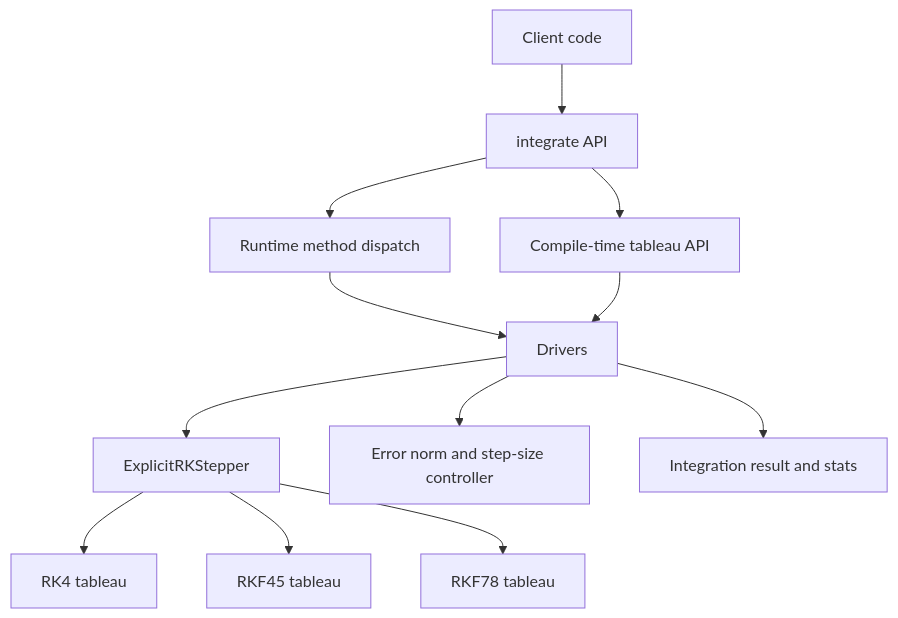
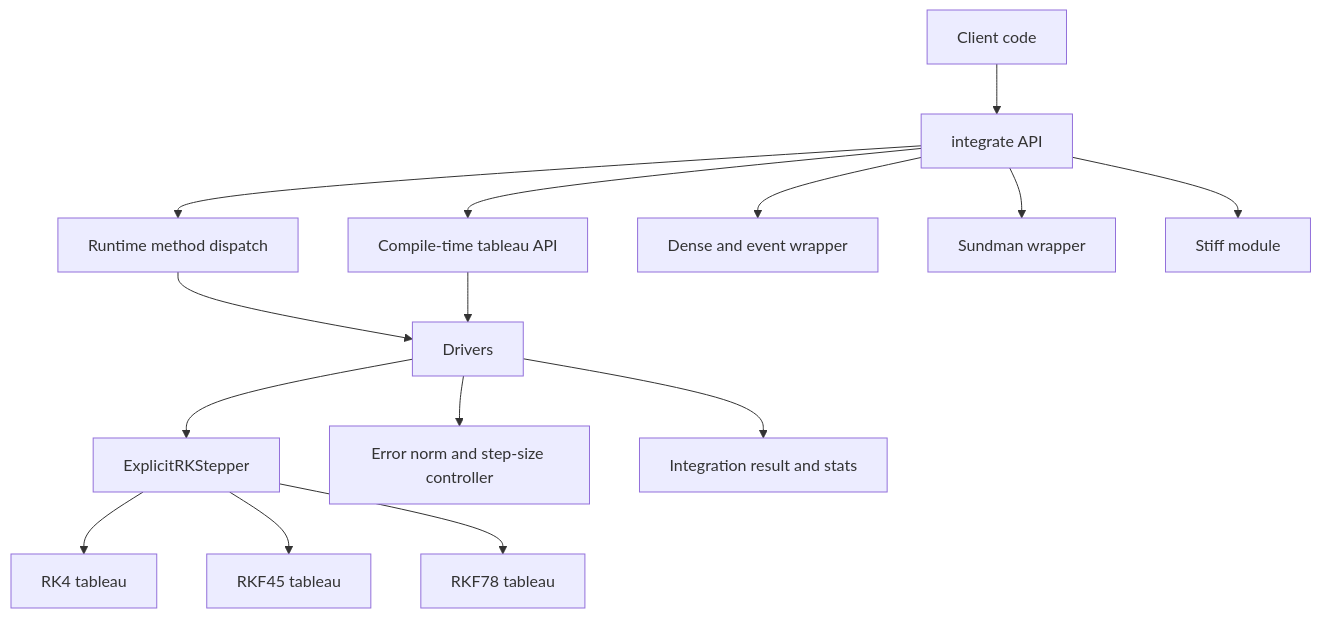
One commit to watsonryan/orbitIntegrator changed the diagram in README.md. Above: the diagram before and after it, drawn with Mermaid. The commit also changed other lines of this file, not shown here.

Commit message:
Document Sundman, dense events, and stiff module APIs

````diff
--- a/README.md
+++ b/README.md
@@ -13,14 +16,17 @@
 ```mermaid
 flowchart TD
   A[Client code] --> B[integrate API]
   B --> C[Runtime method dispatch]
   B --> D[Compile-time tableau API]
   C --> E[Drivers]
   D --> E
   E --> F[ExplicitRKStepper]
   F --> G[RK4 tableau]
   F --> H[RKF45 tableau]
   F --> I[RKF78 tableau]
   E --> J[Error norm and step-size controller]
   E --> K[Integration result and stats]
+  B --> L[Dense and event wrapper]
+  B --> M[Sundman wrapper]
+  B --> N[Stiff module]
 ```
````
